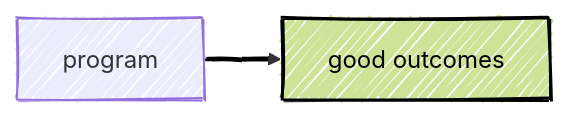
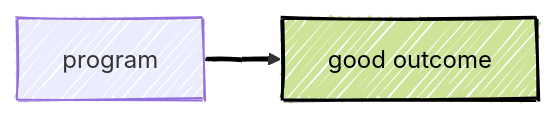
The second of 9 diagrams in multivariate/multivariate.qmd (agrogan1/closeread), drawn with Mermaid before and after one commit. The commit also changed other lines of this file and 6 other files, not shown here.

````diff
--- a/multivariate/multivariate.qmd
+++ b/multivariate/multivariate.qmd
@@ -125,16 +126,16 @@
 ```{mermaid}
 ---
 config:
   look: handDrawn
   theme: default
 ---
 
 flowchart LR
 
-  program[program] --> outcome1["good outcomes"]:::forestgreen
+  program[program] --> outcome1["good outcome"]:::forestgreen
 
   linkStyle 0 stroke:#000000,stroke-width:3px,font-size:36px,color:black;
 
   classDef forestgreen fill:#CDE498,stroke:#000000,stroke-width:2px,color:#000000;
 
 ```
````
